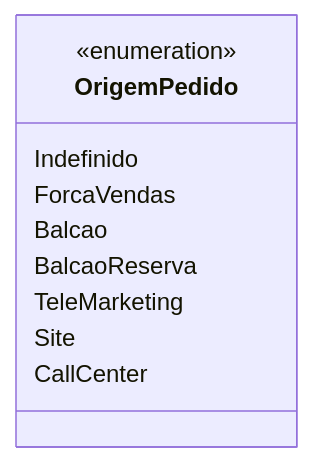
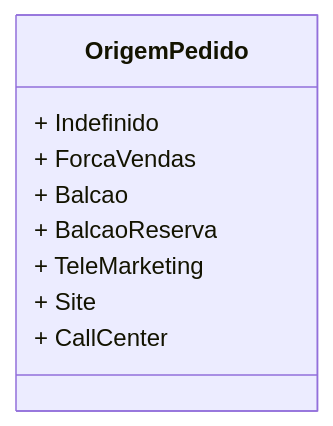
The diagram in docs/b2b-dominio/IsthmusWinthor.Nucleo/IsthmusWinthor.Dominio/Enumeradores/OrigemPedido.md (IsthmusSistemas/documentacao-tecnica), drawn with Mermaid before and after one commit. The commit also changed other lines of this file and 882 other files, not shown here.

````diff
--- a/docs/b2b-dominio/IsthmusWinthor.Nucleo/IsthmusWinthor.Dominio/Enumeradores/OrigemPedido.md
+++ b/docs/b2b-dominio/IsthmusWinthor.Nucleo/IsthmusWinthor.Dominio/Enumeradores/OrigemPedido.md
@@ -21,13 +12,12 @@
 ```mermaid
 classDiagram
     class OrigemPedido {
-        <<enumeration>>
-        Indefinido
-        ForcaVendas
-        Balcao
-        BalcaoReserva
-        TeleMarketing
-        Site
-        CallCenter
+        + Indefinido
+        + ForcaVendas
+        + Balcao
+        + BalcaoReserva
+        + TeleMarketing
+        + Site
+        + CallCenter
     }
-``` 
+```
````
